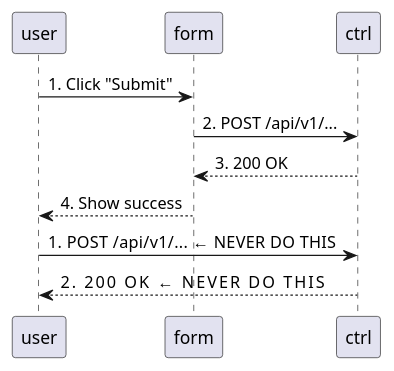
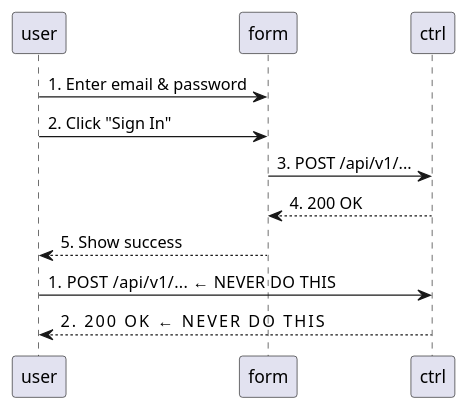
The tenth of 15 diagrams in .claude/skills/plantuml-sequence-diagram/SKILL.md (LTPPPP/Smart-Medical-Intelligent-Ledger-for-E-health-S.M.I.L.E-), drawn with PlantUML before and after one commit. The commit also changed other lines of this file and 144 other files, not shown here.

Commit message:
doc: update sequence and class diagram

````diff
--- a/.claude/skills/plantuml-sequence-diagram/SKILL.md
+++ b/.claude/skills/plantuml-sequence-diagram/SKILL.md
@@ -178,11 +208,12 @@
 ```plantuml
 ' CORRECT flow
-user -> form : 1. Click "Submit"
-form -> ctrl : 2. POST /api/v1/...
-ctrl --> form : 3. 200 OK
-form --> user : 4. Show success
+user -> form : 1. Enter email & password
+user -> form : 2. Click "Sign In"
+form -> ctrl : 3. POST /api/v1/...
+ctrl --> form : 4. 200 OK
+form --> user : 5. Show success
 
 ' WRONG — user directly calling controller
 user -> ctrl : 1. POST /api/v1/...    ← NEVER DO THIS
 ctrl --> user : 2. 200 OK             ← NEVER DO THIS
 ```
````
